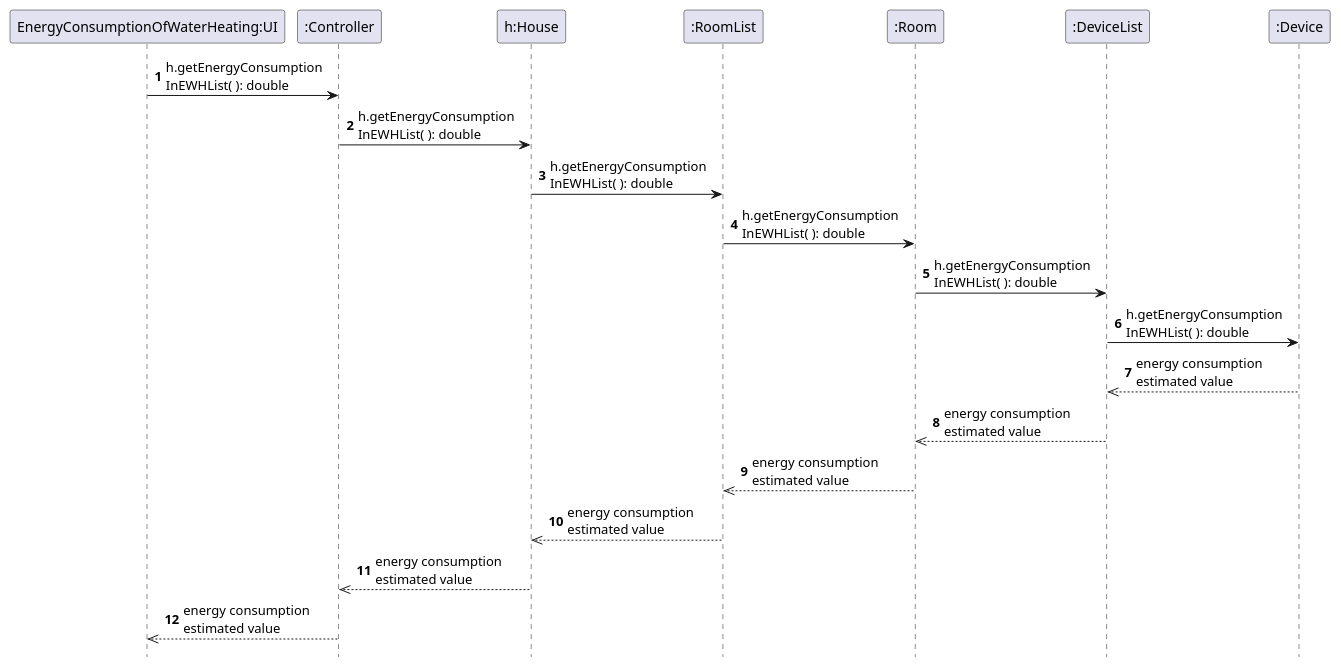
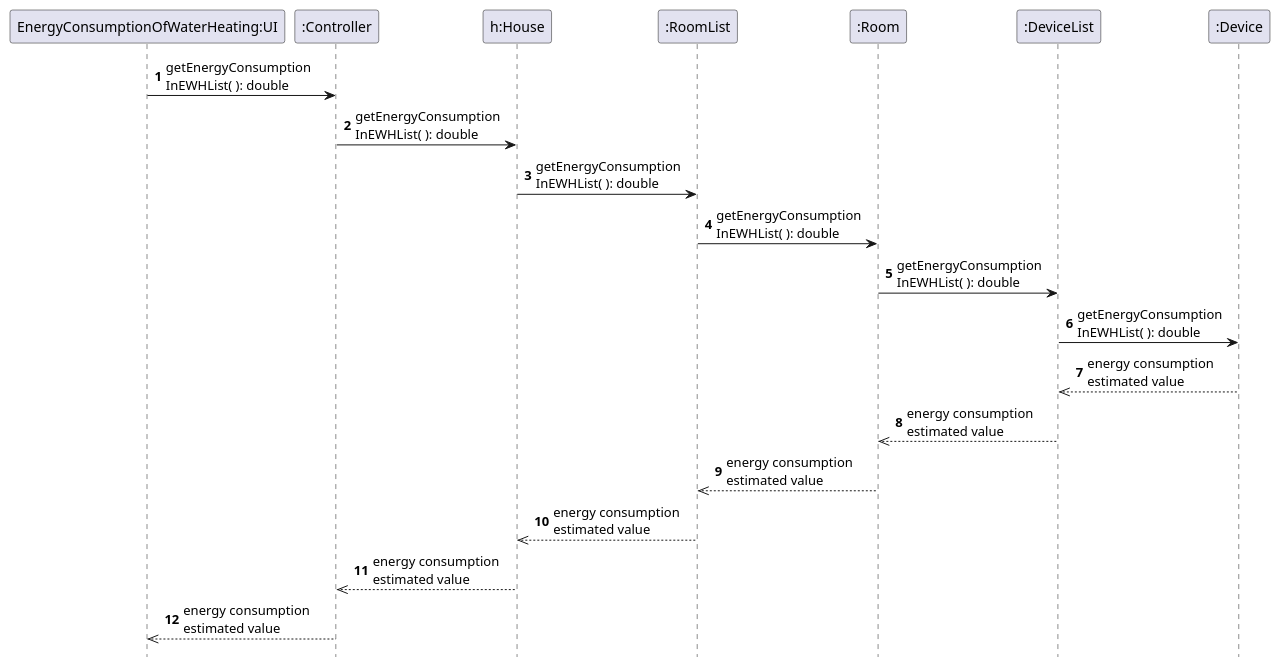
One commit to emanuel-pereira/hou changed the diagram in src/main/java/smarthome/uml/sequencediagrams/EnergyConsumptionOfWaterHeatingRef3.puml. Above: the diagram before and after it, drawn with PlantUML. The commit also changed 2 other files, not shown here.

Commit message:
Correction of EnergyConsumptionOfWaterHeating sequence diagrams

```diff
--- a/src/main/java/smarthome/uml/sequencediagrams/EnergyConsumptionOfWaterHeatingRef3.puml
+++ b/src/main/java/smarthome/uml/sequencediagrams/EnergyConsumptionOfWaterHeatingRef3.puml
@@ -1,19 +1,19 @@
 @startuml
 autonumber
 hidefootbox
 
 
-"EnergyConsumptionOfWaterHeating:UI" -> ":Controller": h.getEnergyConsumption\nInEWHList( ): double
-":Controller" -> "h:House": h.getEnergyConsumption\nInEWHList( ): double
-"h:House"->":RoomList": h.getEnergyConsumption\nInEWHList( ): double
-":RoomList" -> ":Room": h.getEnergyConsumption\nInEWHList( ): double
-":Room" -> ":DeviceList": h.getEnergyConsumption\nInEWHList( ): double
-":DeviceList" -> ":Device": h.getEnergyConsumption\nInEWHList( ): double
+"EnergyConsumptionOfWaterHeating:UI" -> ":Controller": getEnergyConsumption\nInEWHList( ): double
+":Controller" -> "h:House": getEnergyConsumption\nInEWHList( ): double
+"h:House"->":RoomList": getEnergyConsumption\nInEWHList( ): double
+":RoomList" -> ":Room": getEnergyConsumption\nInEWHList( ): double
+":Room" -> ":DeviceList": getEnergyConsumption\nInEWHList( ): double
+":DeviceList" -> ":Device": getEnergyConsumption\nInEWHList( ): double
 
 ":Device" -->> ":DeviceList": energy consumption\nestimated value
 ":DeviceList" -->> ":Room": energy consumption\nestimated value
 ":Room" -->> ":RoomList": energy consumption\nestimated value
 ":RoomList" -->> "h:House": energy consumption\nestimated value
 "h:House" -->> ":Controller": energy consumption\nestimated value
 ":Controller" -->> "EnergyConsumptionOfWaterHeating:UI": energy consumption\nestimated value
 @enduml
```
